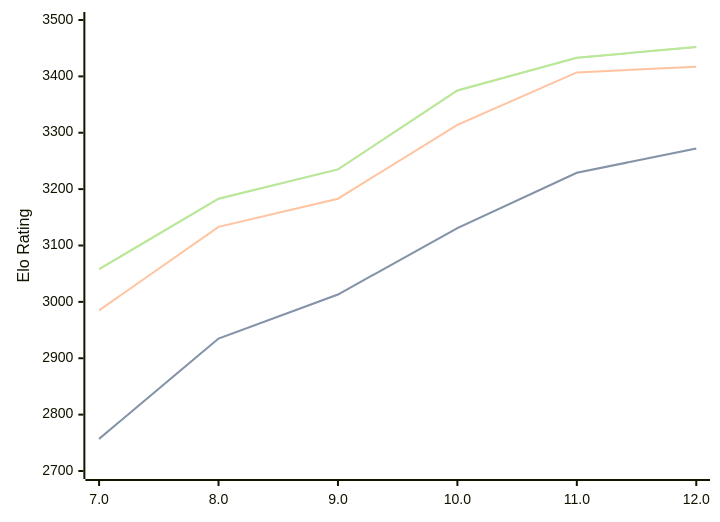
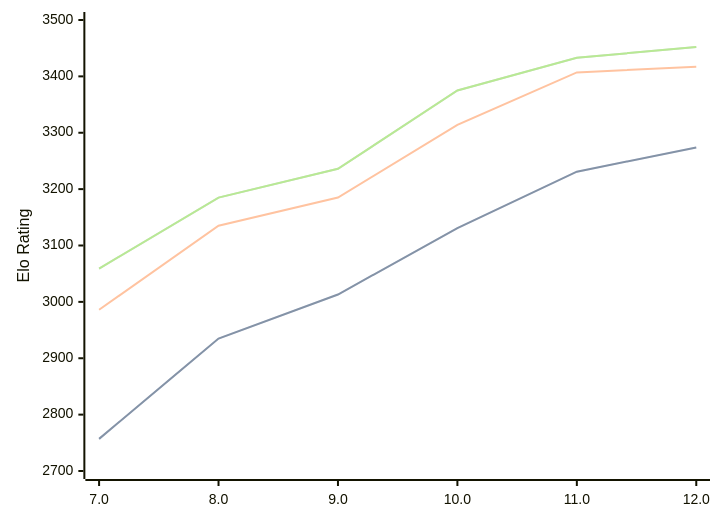
The third of 3 diagrams in engines/Tcheran.md (computer-chess-index/cci), drawn with Mermaid before and after one commit. The commit also changed other lines of this file, not shown here.

Commit message:
Update CCI Ratings (ELO VLTC) - 2026-07-14

````diff
--- a/engines/Tcheran.md
+++ b/engines/Tcheran.md
@@ -83,11 +83,11 @@
 ```mermaid
 %%{init: {"theme":"base","themeVariables":{"seriesColors:['#a3a3a3','#222221','#faa371']}}}%%
 xychart-beta
   x-axis ["7.0", "8.0", "9.0", "10.0", "11.0", "12.0"]
   y-axis "Elo Rating" 2700 --> 3500
-  line "STC (8.0+0.08s)" [2757, 2935, 3013, 3131, 3229, 3272]
-  line "STC (8.0+0.08s)" [2757, 2935, 3013, 3131, 3229, 3272]
-  line "LTC (60.0+0.60s)" [2985, 3133, 3183, 3314, 3407, 3417]
-  line "VLTC (2m24s+1.12s)" [3058, 3183, 3235, 3375, 3433, 3452]
-  line "VLTC (2m24s+1.12s)" [3058, 3183, 3235, 3375, 3433, 3452]
+  line "STC (8.0+0.08s)" [2757, 2935, 3013, 3131, 3231, 3274]
+  line "STC (8.0+0.08s)" [2757, 2935, 3013, 3131, 3231, 3274]
+  line "LTC (60.0+0.60s)" [2986, 3135, 3185, 3314, 3407, 3417]
+  line "VLTC (2m24s+1.12s)" [3059, 3185, 3236, 3375, 3433, 3452]
+  line "VLTC (2m24s+1.12s)" [3059, 3185, 3236, 3375, 3433, 3452]
 ```
````
